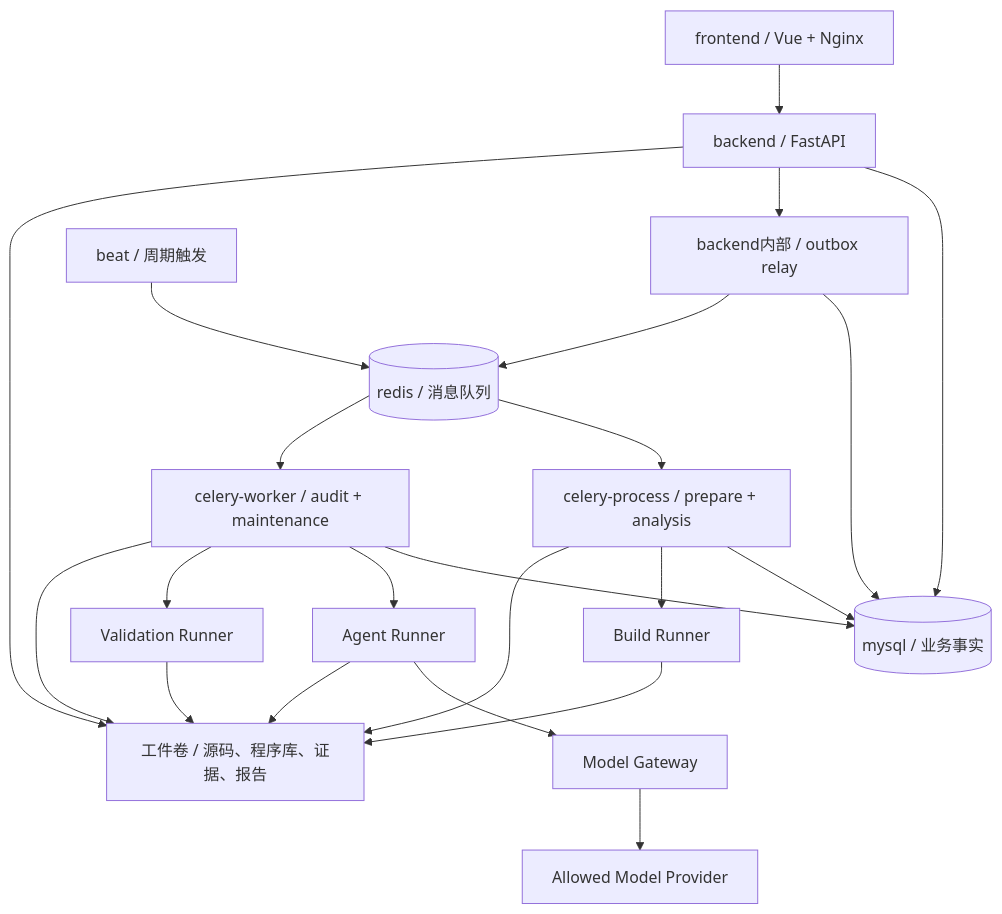
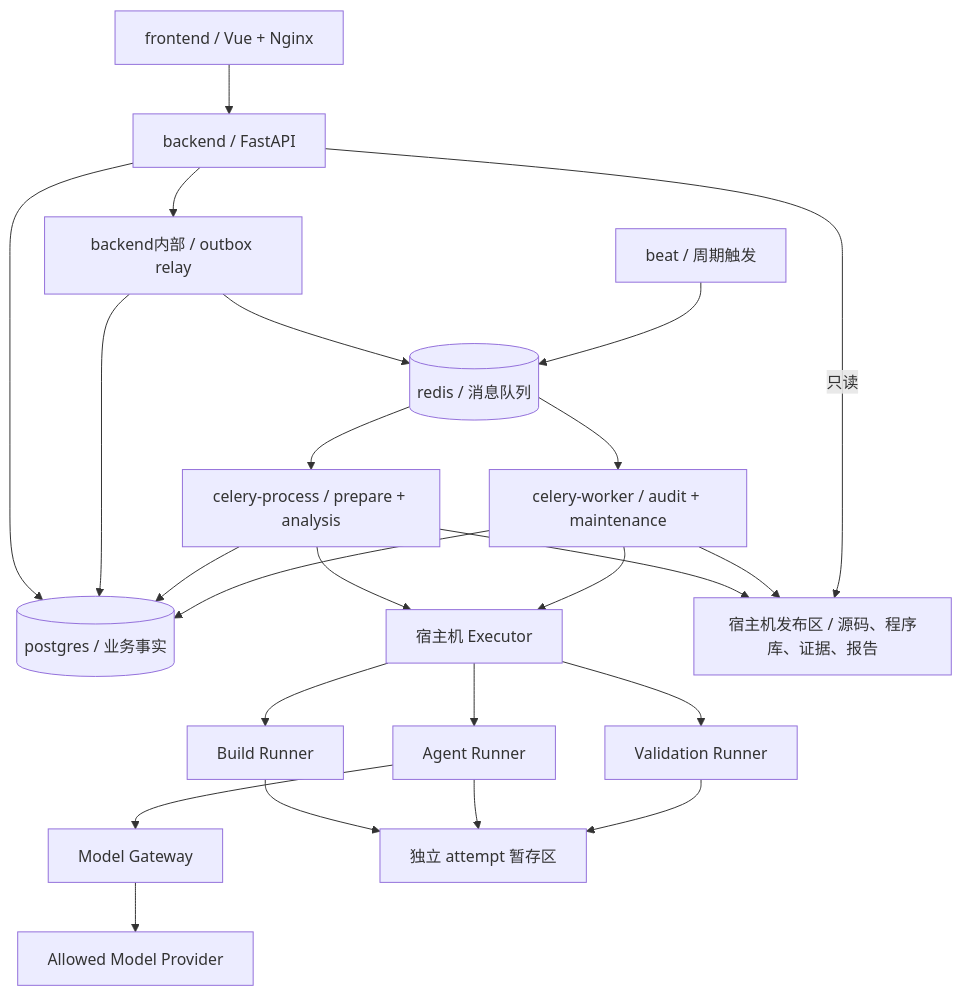
Before and after one commit to luohaijiang789/AIxSecurity: the diagram in docs/delivery/deployment-storage.md, drawn with Mermaid. The commit also changed other lines of this file and 12 other files, not shown here.

Commit message:
docs: reconcile shared architecture and adopt PostgreSQL baseline

````diff
--- a/docs/delivery/deployment-storage.md
+++ b/docs/delivery/deployment-storage.md
@@ -40,24 +40,27 @@
 ```mermaid
 flowchart TB
   UI[frontend / Vue + Nginx] --> API[backend / FastAPI]
-  API --> DB[(mysql / 业务事实)]
+  API --> DB[(postgres / 业务事实)]
   API --> RELAY[backend内部 / outbox relay]
   RELAY --> DB
   RELAY --> R[(redis / 消息队列)]
   B[beat / 周期触发] --> R
   R --> P[celery-process / prepare + analysis]
   R --> W[celery-worker / audit + maintenance]
   P --> DB
   W --> DB
-  P --> BR[Build Runner]
-  W --> AR[Agent Runner]
-  W --> VR[Validation Runner]
+  P --> EX[宿主机 Executor]
+  W --> EX
+  EX --> BR[Build Runner]
+  EX --> AR[Agent Runner]
+  EX --> VR[Validation Runner]
   AR --> MG[Model Gateway]
   MG --> MODEL[Allowed Model Provider]
-  BR --> F[工件卷 / 源码、程序库、证据、报告]
-  AR --> F
-  VR --> F
+  BR --> TMP[独立 attempt 暂存区]
+  AR --> TMP
+  VR --> TMP
+  F[宿主机发布区 / 源码、程序库、证据、报告]
   P --> F
   W --> F
-  API --> F
+  API -->|只读| F
 ```
````
